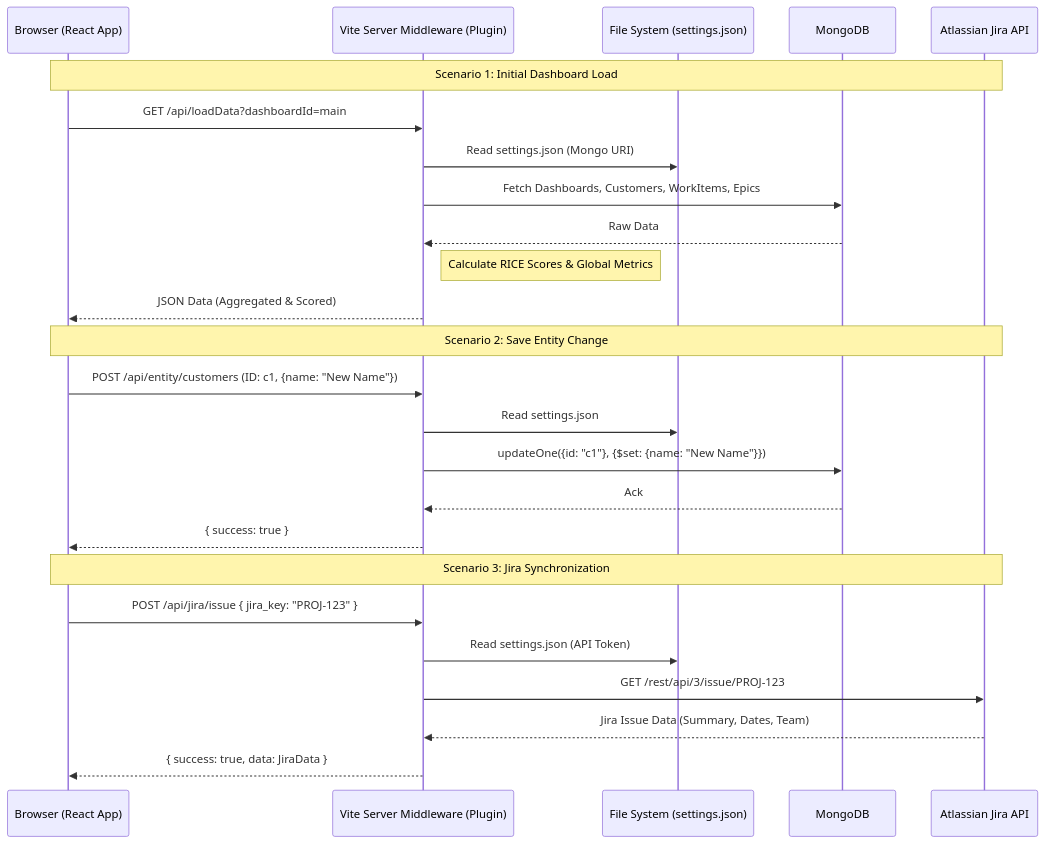
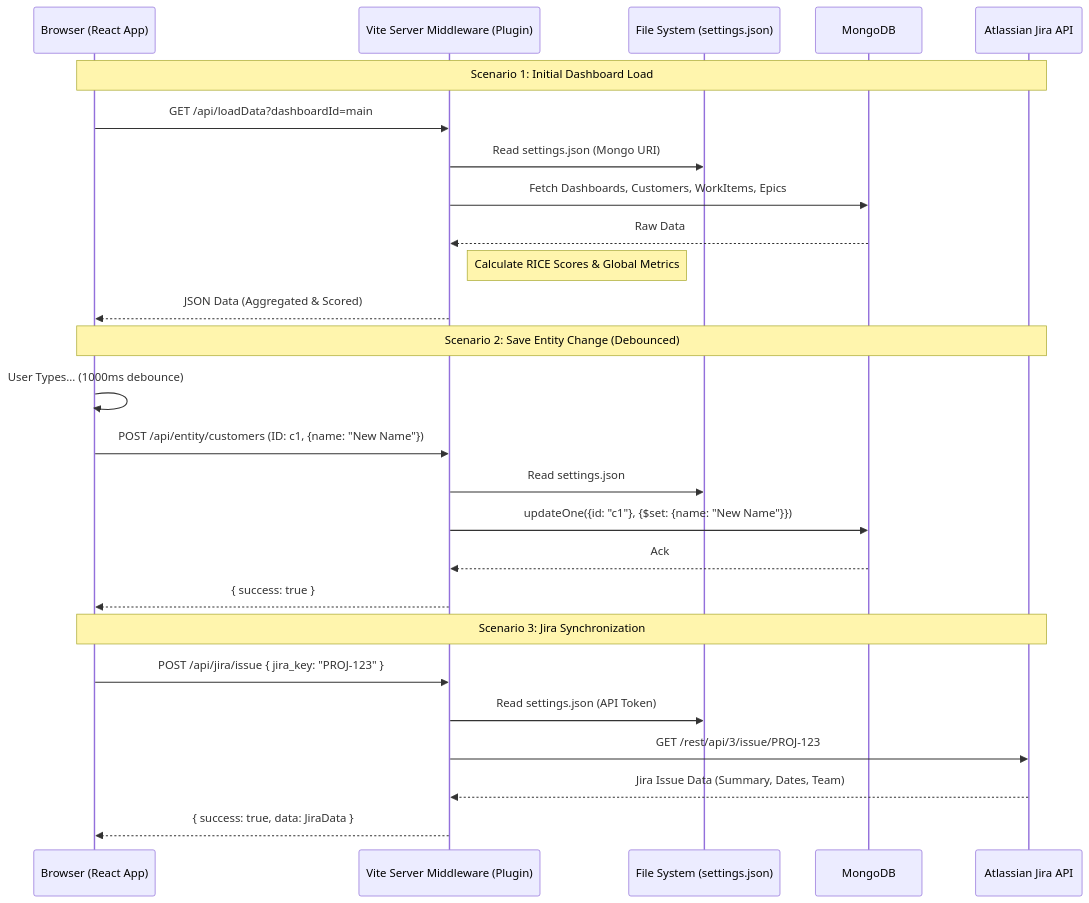
The second of 5 diagrams in doc/ARCHITECTURE.md (AlesKracik/ValueStream-DependencyTree), drawn with Mermaid before and after one commit. The commit also changed other lines of this file and 5 other files, not shown here.

````diff
--- a/doc/ARCHITECTURE.md
+++ b/doc/ARCHITECTURE.md
@@ -61,30 +62,31 @@
 ```mermaid
 sequenceDiagram
     participant UI as Browser (React App)
     participant Vite as Vite Server Middleware (Plugin)
     participant FS as File System (settings.json)
     participant DB as MongoDB
     participant Jira as Atlassian Jira API
 
     Note over UI, Jira: Scenario 1: Initial Dashboard Load
     UI->>Vite: GET /api/loadData?dashboardId=main
     Vite->>FS: Read settings.json (Mongo URI)
     Vite->>DB: Fetch Dashboards, Customers, WorkItems, Epics
     DB-->>Vite: Raw Data
     Note right of Vite: Calculate RICE Scores & Global Metrics
     Vite-->>UI: JSON Data (Aggregated & Scored)
 
-    Note over UI, Jira: Scenario 2: Save Entity Change
+    Note over UI, Jira: Scenario 2: Save Entity Change (Debounced)
+    UI->>UI: User Types... (1000ms debounce)
     UI->>Vite: POST /api/entity/customers (ID: c1, {name: "New Name"})
     Vite->>FS: Read settings.json
     Vite->>DB: updateOne({id: "c1"}, {$set: {name: "New Name"}})
     DB-->>Vite: Ack
     Vite-->>UI: { success: true }
 
     Note over UI, Jira: Scenario 3: Jira Synchronization
     UI->>Vite: POST /api/jira/issue { jira_key: "PROJ-123" }
     Vite->>FS: Read settings.json (API Token)
     Vite->>Jira: GET /rest/api/3/issue/PROJ-123
     Jira-->>Vite: Jira Issue Data (Summary, Dates, Team)
     Vite-->>UI: { success: true, data: JiraData }
 ```
````
